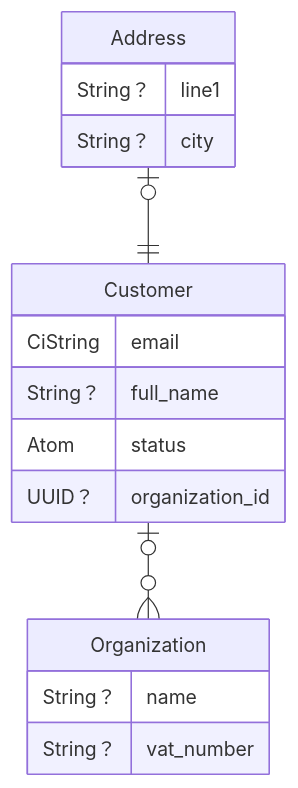
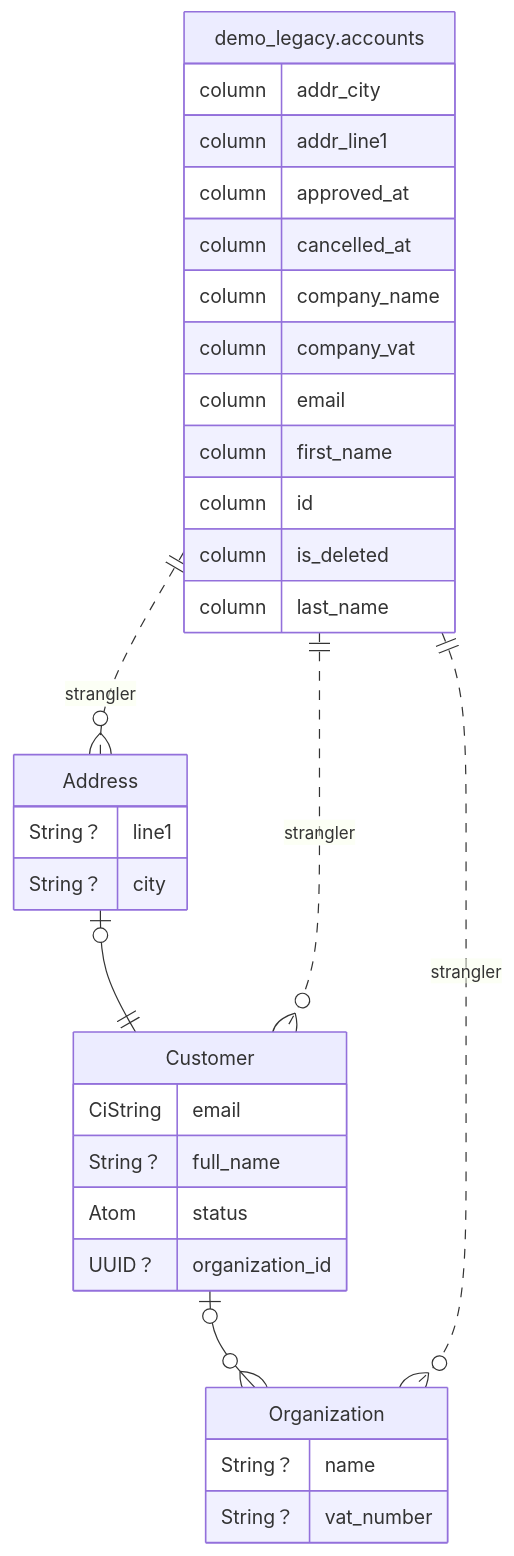
The seventh of 10 diagrams in README.md (lukegalea/ash_strangler), drawn with Mermaid before and after one commit. The commit also changed other lines of this file and 15 other files, not shown here.

First line of the commit message:
Generate the legacy -> new mapping as a diagram

````diff
--- a/README.md
+++ b/README.md
@@ -407,19 +489,35 @@
 ```mermaid
 erDiagram
   "AshStrangler.Demo.Address"["Address"] {
     String？ line1
     String？ city
   }
   "AshStrangler.Demo.Customer"["Customer"] {
     CiString email
     String？ full_name
     Atom status
     UUID？ organization_id
   }
   "AshStrangler.Demo.Organization"["Organization"] {
     String？ name
     String？ vat_number
   }
   "AshStrangler.Demo.Customer" |o--o{ "AshStrangler.Demo.Organization" : ""
   "AshStrangler.Demo.Address" |o--|| "AshStrangler.Demo.Customer" : ""
+  "demo_legacy.accounts"["demo_legacy.accounts"] {
+    column addr_city
+    column addr_line1
+    column approved_at
+    column cancelled_at
+    column company_name
+    column company_vat
+    column email
+    column first_name
+    column id
+    column is_deleted
+    column last_name
+  }
+  "demo_legacy.accounts" ||..o{ "AshStrangler.Demo.Address" : "strangler"
+  "demo_legacy.accounts" ||..o{ "AshStrangler.Demo.Customer" : "strangler"
+  "demo_legacy.accounts" ||..o{ "AshStrangler.Demo.Organization" : "strangler"
 ```
````
